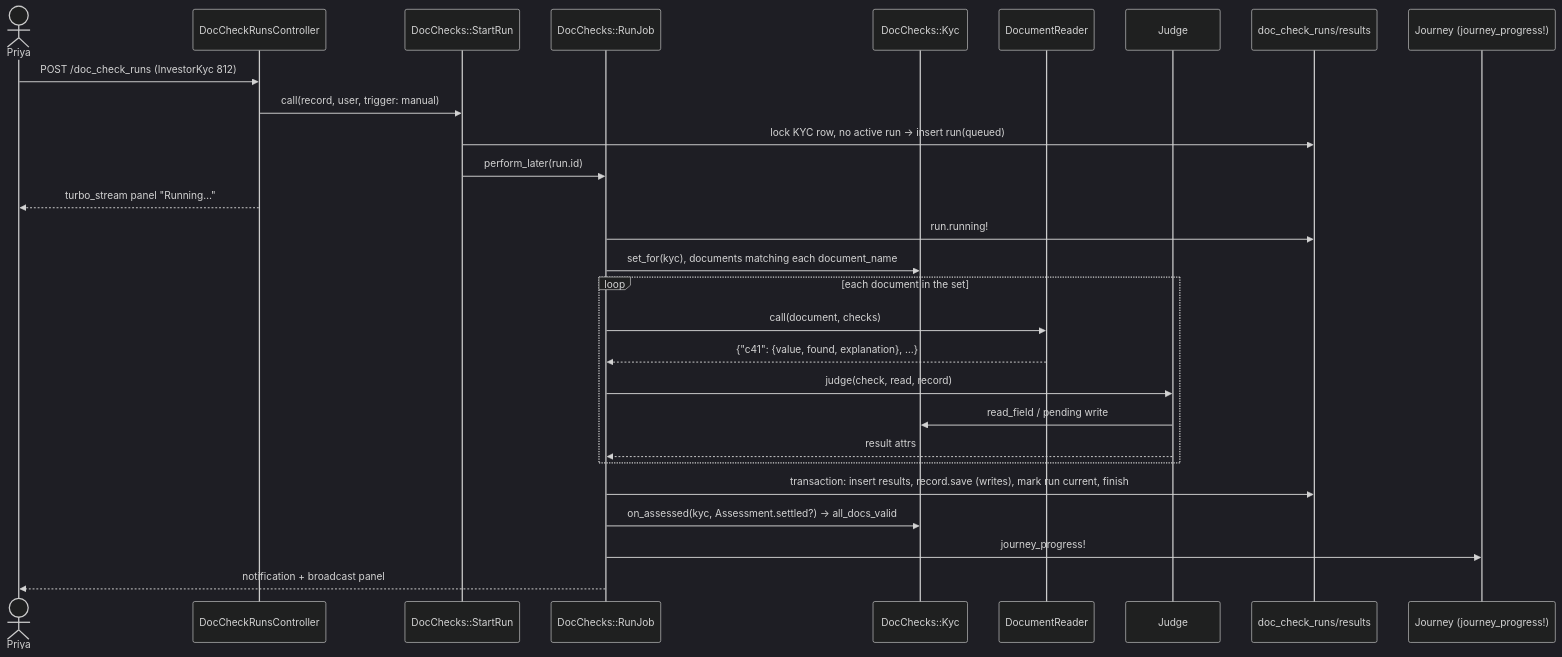
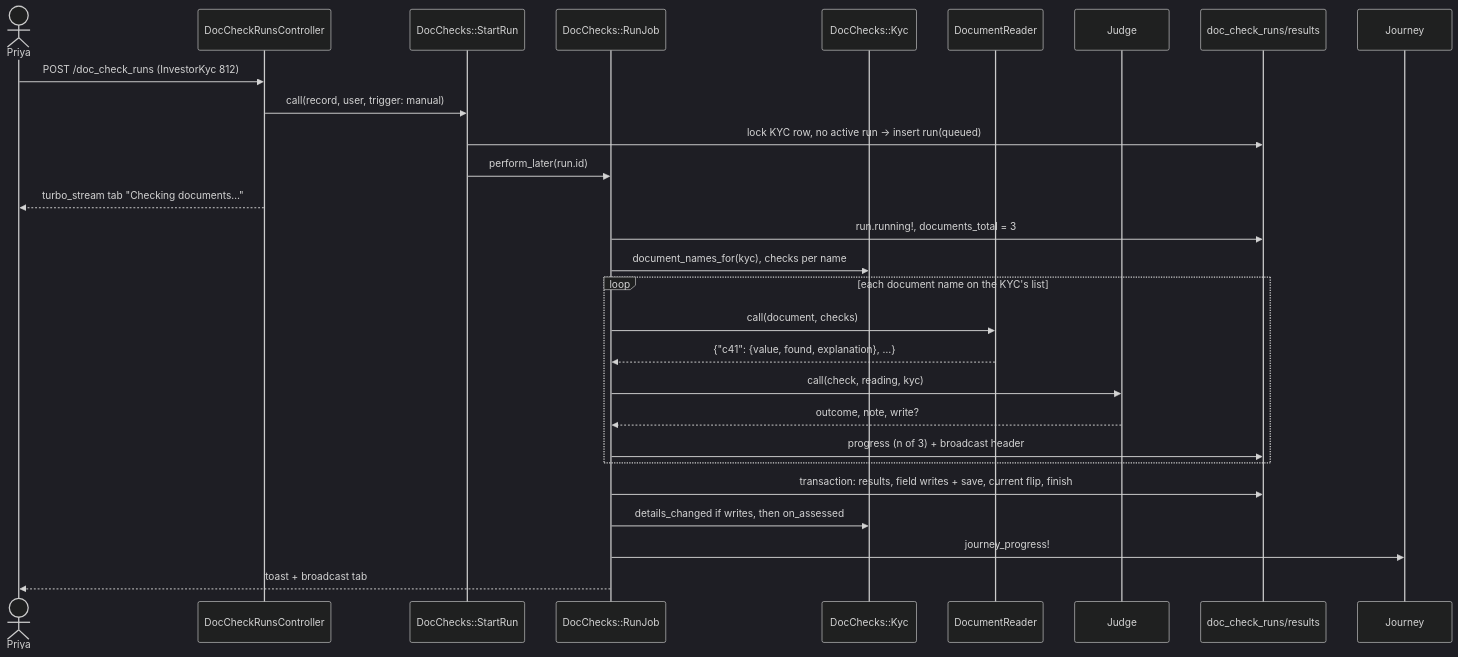
The fourth of 12 diagrams in openspec/changes/document-checks/design.md (sampadadiwan/IRM_CompanyMain), drawn with Mermaid (dark theme) before and after one commit. The commit also changed other lines of this file and 85 other files, not shown here.

First line of the commit message:
Document checks (#1773)

````diff
--- a/openspec/changes/document-checks/design.md
+++ b/openspec/changes/document-checks/design.md
@@ -246,30 +254,30 @@
 ```mermaid
 sequenceDiagram
     actor Priya
     participant Ctl as DocCheckRunsController
     participant Start as DocChecks::StartRun
     participant Job as DocChecks::RunJob
     participant Reg as DocChecks::Kyc
     participant Rd as DocumentReader
     participant Jd as Judge
     participant DB as doc_check_runs/results
-    participant Jr as Journey (journey_progress!)
+    participant Jr as Journey
     Priya->>Ctl: POST /doc_check_runs (InvestorKyc 812)
     Ctl->>Start: call(record, user, trigger: manual)
     Start->>DB: lock KYC row, no active run → insert run(queued)
     Start->>Job: perform_later(run.id)
-    Ctl-->>Priya: turbo_stream panel "Running…"
-    Job->>DB: run.running!
-    Job->>Reg: set_for(kyc), documents matching each document_name
-    loop each document in the set
+    Ctl-->>Priya: turbo_stream tab "Checking documents…"
+    Job->>DB: run.running!, documents_total = 3
+    Job->>Reg: document_names_for(kyc), checks per name
+    loop each document name on the KYC's list
         Job->>Rd: call(document, checks)
         Rd-->>Job: {"c41": {value, found, explanation}, …}
-        Job->>Jd: judge(check, read, record)
-        Jd->>Reg: read_field / pending write
-        Jd-->>Job: result attrs
+        Job->>Jd: call(check, reading, kyc)
+        Jd-->>Job: outcome, note, write?
+        Job->>DB: progress (n of 3) + broadcast header
     end
-    Job->>DB: transaction: insert results, record.save (writes), mark run current, finish
-    Job->>Reg: on_assessed(kyc, Assessment.settled?) → all_docs_valid
+    Job->>DB: transaction: results, field writes + save, current flip, finish
+    Job->>Reg: details_changed if writes, then on_assessed
     Job->>Jr: journey_progress!
-    Job-->>Priya: notification + broadcast panel
+    Job-->>Priya: toast + broadcast tab
 ```
````
